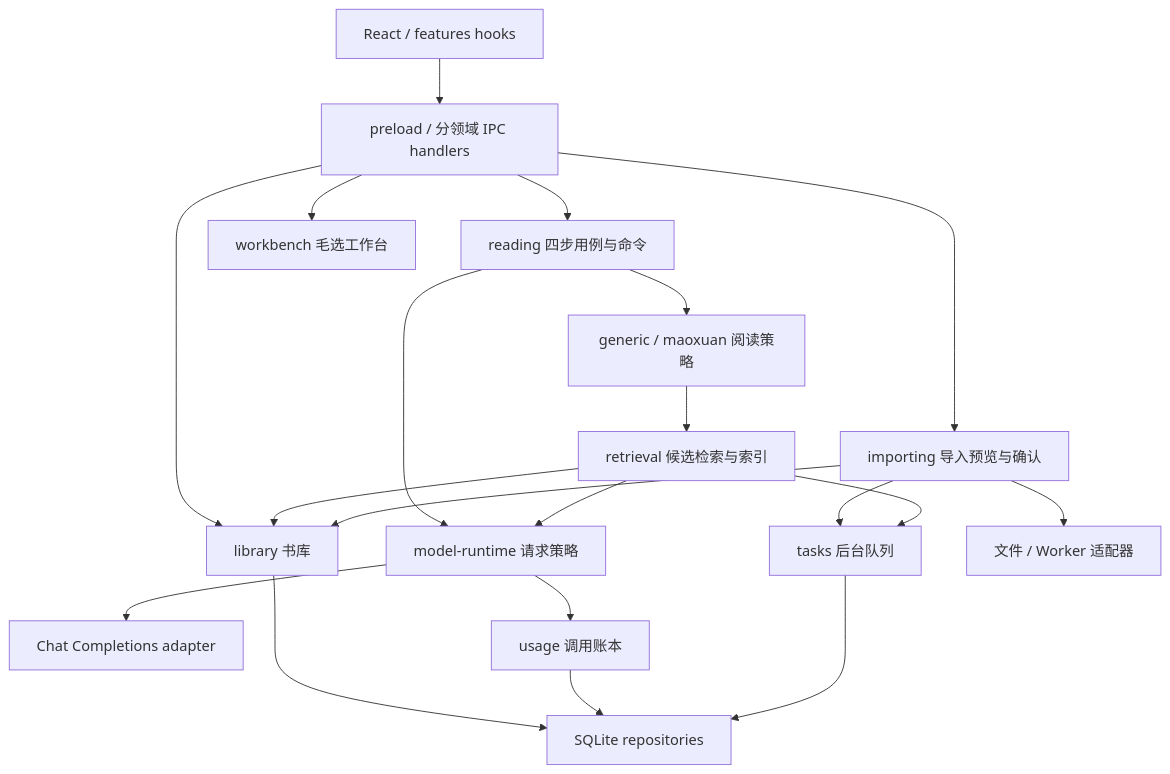
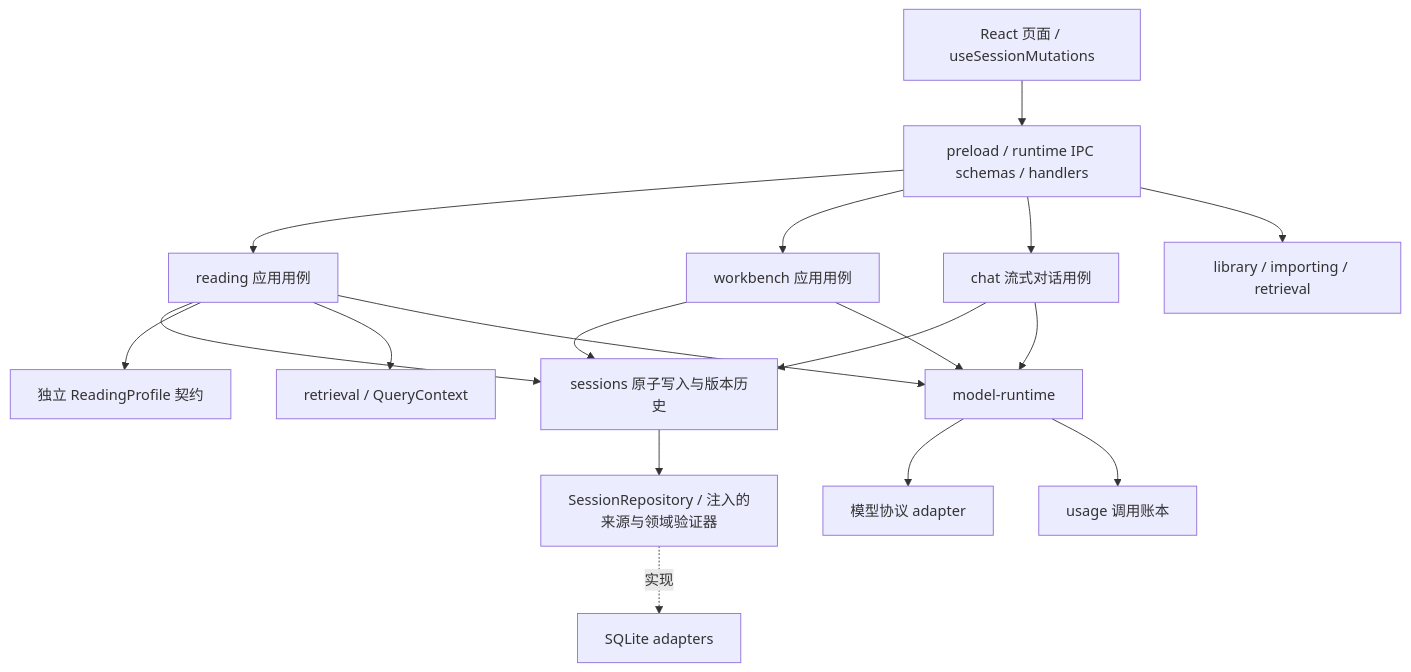
One commit to WoyouWoyou/maoxuan-app changed the diagram in ARCHITECTURE.md. Above: the diagram before and after it, drawn with Mermaid. The commit also changed other lines of this file and 970 other files, not shown here.

````diff
--- a/ARCHITECTURE.md
+++ b/ARCHITECTURE.md
@@ -7,22 +7,20 @@
 ```mermaid
 flowchart TB
- UI[React / features hooks] --> IPC[preload / 分领域 IPC handlers]
- IPC --> Reading[reading 四步用例与命令]
- IPC --> Import[importing 导入预览与确认]
- IPC --> Library[library 书库]
- IPC --> Workbench[workbench 毛选工作台]
- Reading --> Profiles[generic / maoxuan 阅读策略]
- Profiles --> Retrieval[retrieval 候选检索与索引]
- Reading --> Model[model-runtime 请求策略]
- Retrieval --> Model
- Retrieval --> Library
- Import --> Tasks[tasks 后台队列]
- Retrieval --> Tasks
- Import --> Files[文件 / Worker 适配器]
- Import --> Library
- Model --> Transport[Chat Completions adapter]
- Model --> Usage[usage 调用账本]
- Library --> Repos[SQLite repositories]
- Usage --> Repos
- Tasks --> Repos
+  UI[React 页面 / useSessionMutations] --> IPC[preload / runtime IPC schemas / handlers]
+  IPC --> Reading[reading 应用用例]
+  IPC --> Workbench[workbench 应用用例]
+  IPC --> Chat[chat 流式对话用例]
+  IPC --> Library[library / importing / retrieval]
+  Reading --> Sessions[sessions 原子写入与版本历史]
+  Workbench --> Sessions
+  Chat --> Sessions
+  Reading --> Profiles[独立 ReadingProfile 契约]
+  Reading --> Retrieval[retrieval / QueryContext]
+  Reading --> Runtime[model-runtime]
+  Workbench --> Runtime
+  Chat --> Runtime
+  Sessions --> Ports[SessionRepository / 注入的来源与领域验证器]
+  Ports -. 实现 .-> SQL[SQLite adapters]
+  Runtime --> Model[模型协议 adapter]
+  Runtime --> Usage[usage 调用账本]
 ```
````
